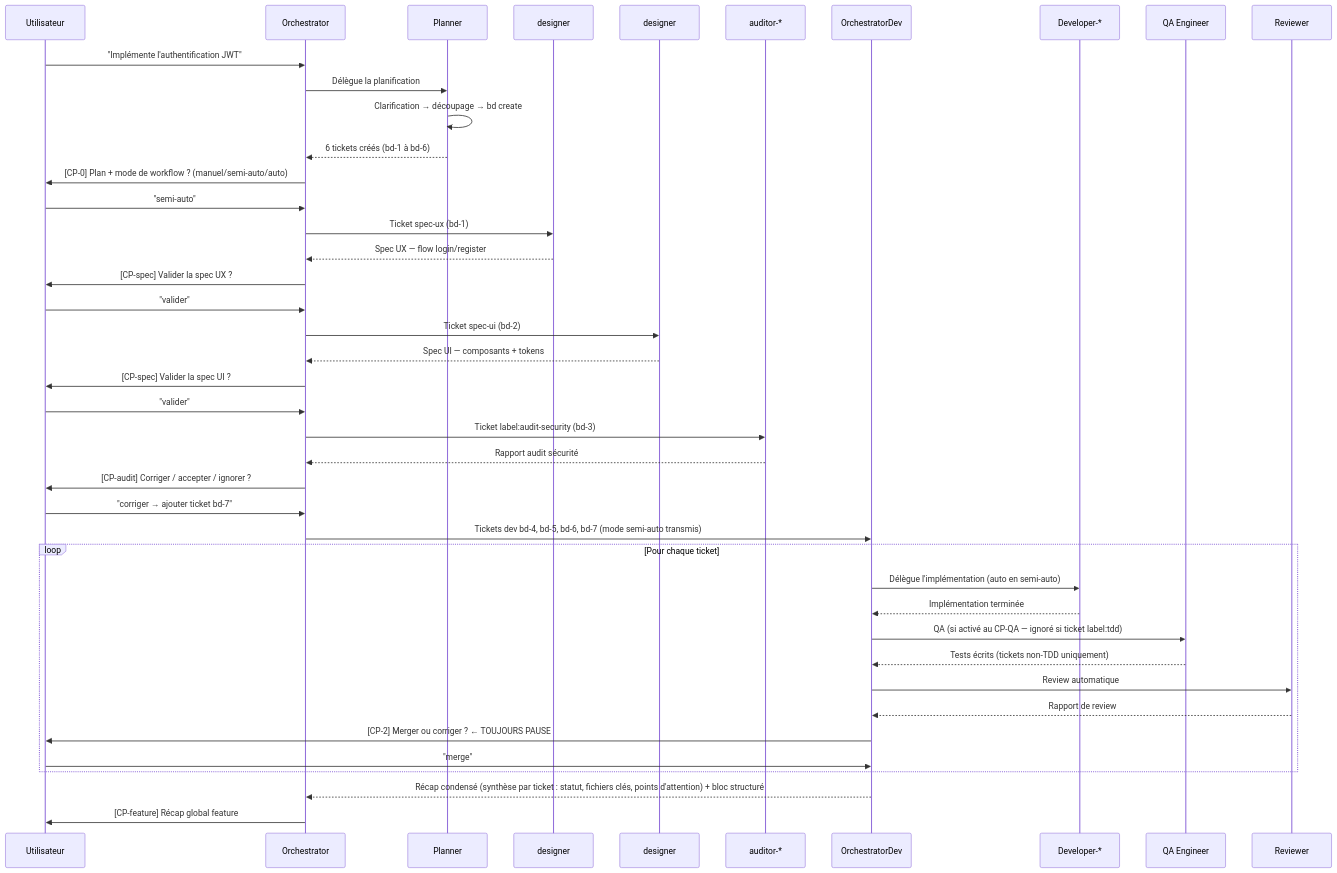
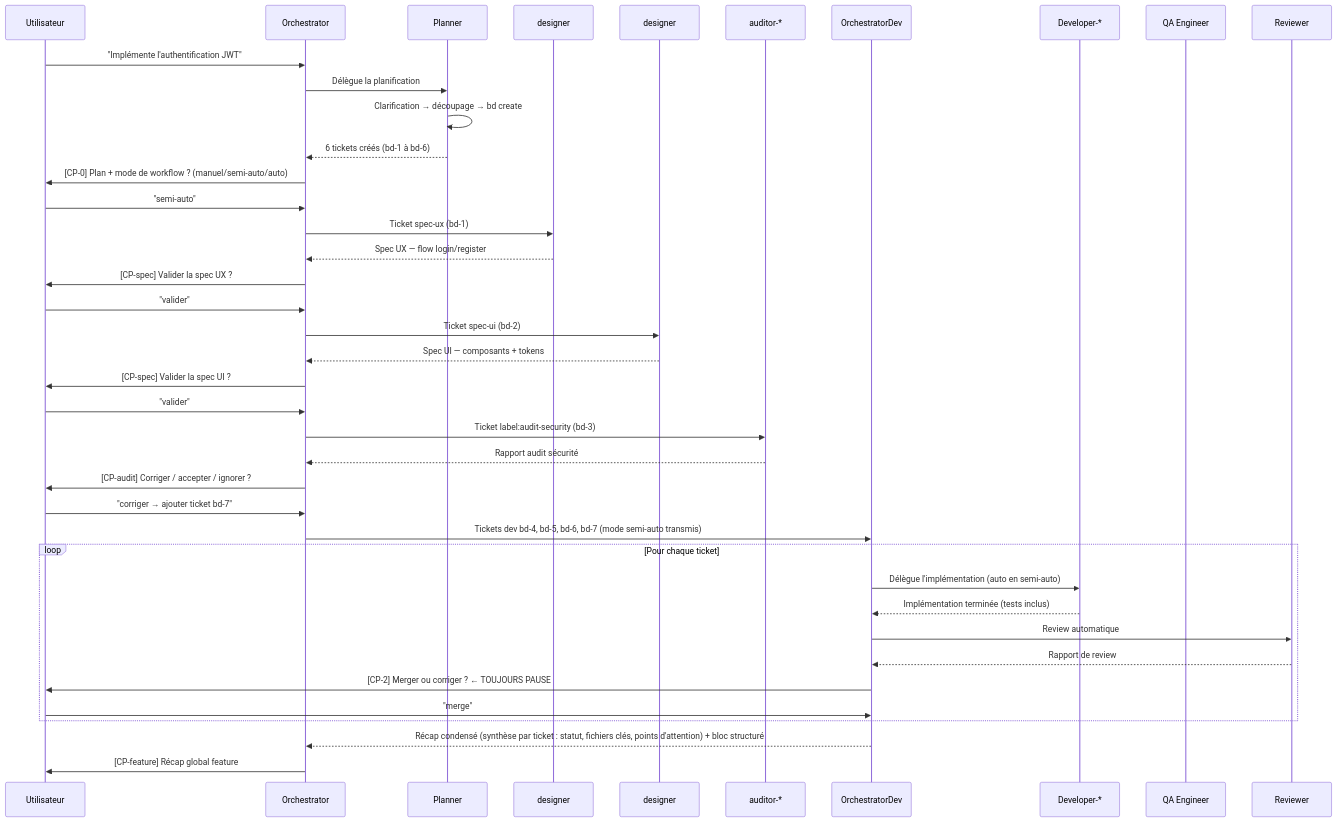
One commit to datichb/openhub changed the first of 6 diagrams in docs/guides/workflows.fr.md. Above: the diagram before and after it, drawn with Mermaid. The commit also changed other lines of this file and 60 other files, not shown here.

````diff
--- a/docs/guides/workflows.fr.md
+++ b/docs/guides/workflows.fr.md
@@ -93,50 +93,48 @@
 ```mermaid
 sequenceDiagram
     participant U as Utilisateur
     participant O as Orchestrator
     participant PL as Planner
     participant UX as designer
     participant UI as designer
     participant AU as auditor-*
     participant OD as OrchestratorDev
     participant DEV as Developer-*
     participant QA as QA Engineer
     participant R as Reviewer
 
     U->>O: "Implémente l'authentification JWT"
     O->>PL: Délègue la planification
     PL->>PL: Clarification → découpage → bd create
     PL-->>O: 6 tickets créés (bd-1 à bd-6)
     O->>U: [CP-0] Plan + mode de workflow ? (manuel/semi-auto/auto)
     U->>O: "semi-auto"
 
     O->>UX: Ticket spec-ux (bd-1)
     UX-->>O: Spec UX — flow login/register
     O->>U: [CP-spec] Valider la spec UX ?
     U->>O: "valider"
 
     O->>UI: Ticket spec-ui (bd-2)
     UI-->>O: Spec UI — composants + tokens
     O->>U: [CP-spec] Valider la spec UI ?
     U->>O: "valider"
 
     O->>AU: Ticket label:audit-security (bd-3)
     AU-->>O: Rapport audit sécurité
     O->>U: [CP-audit] Corriger / accepter / ignorer ?
     U->>O: "corriger → ajouter ticket bd-7"
 
     O->>OD: Tickets dev bd-4, bd-5, bd-6, bd-7 (mode semi-auto transmis)
     loop Pour chaque ticket
         OD->>DEV: Délègue l'implémentation (auto en semi-auto)
-        DEV-->>OD: Implémentation terminée
-        OD->>QA: QA (si activé au CP-QA — ignoré si ticket label:tdd)
-        QA-->>OD: Tests écrits (tickets non-TDD uniquement)
+        DEV-->>OD: Implémentation terminée (tests inclus)
         OD->>R: Review automatique
         R-->>OD: Rapport de review
         OD->>U: [CP-2] Merger ou corriger ? ← TOUJOURS PAUSE
         U->>OD: "merge"
     end
     OD-->>O: Récap condensé (synthèse par ticket : statut, fichiers clés, points d'attention) + bloc structuré
 
     O->>U: [CP-feature] Récap global feature
 ```
````
